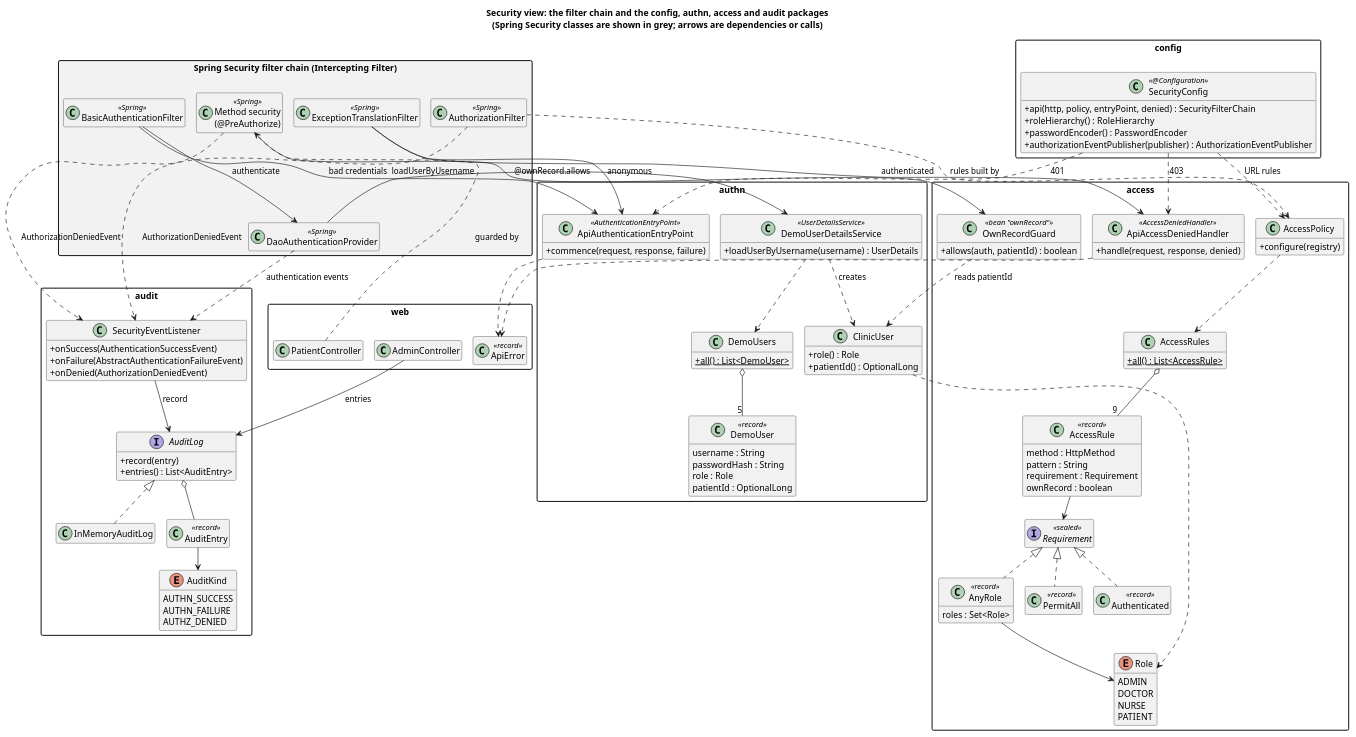
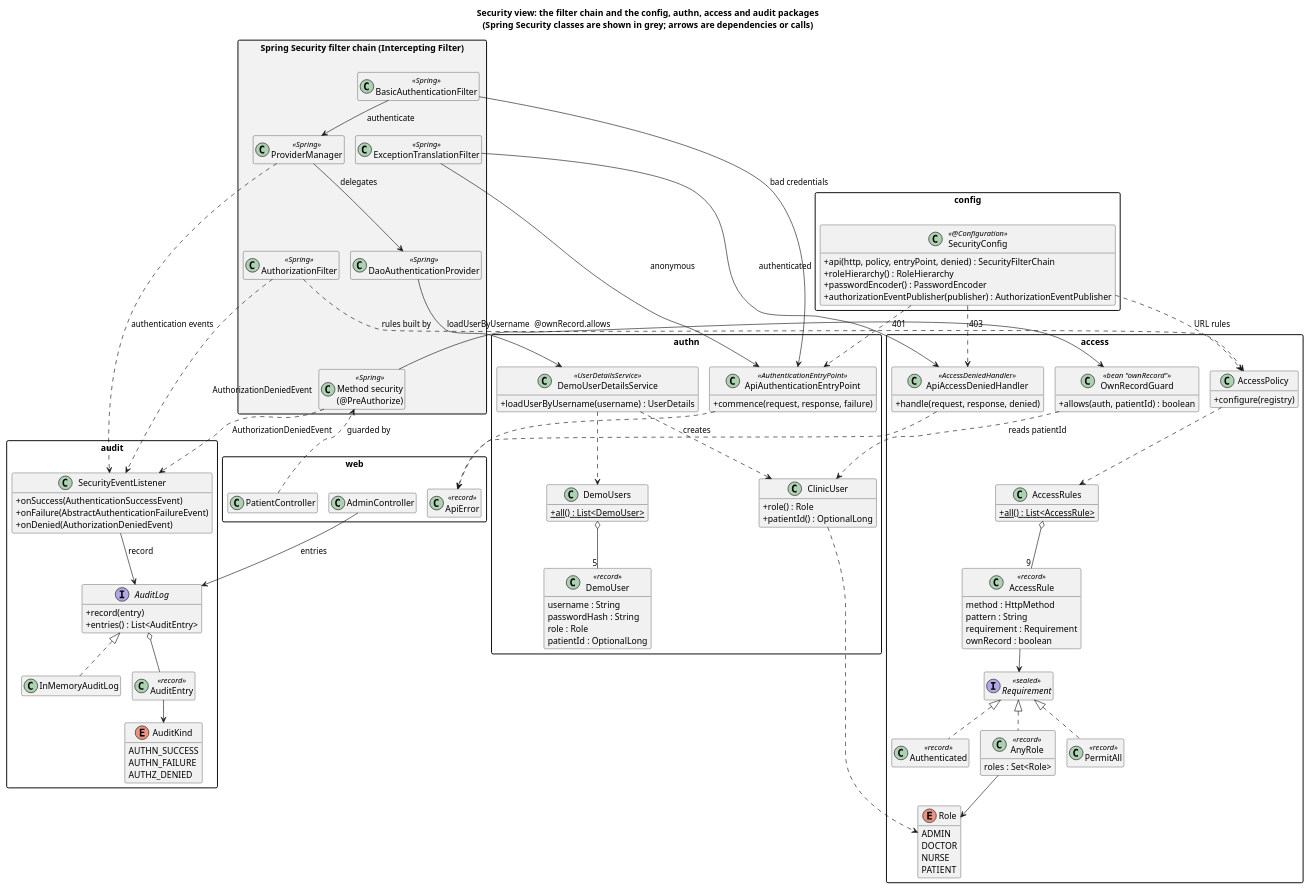
Before and after one commit to kobster68/authentication-and-authorization: the diagram in uml/class/security-view.puml, drawn with PlantUML. The commit also changed 20 other files, not shown here.

```diff
--- a/uml/class/security-view.puml
+++ b/uml/class/security-view.puml
@@ -1,143 +1,151 @@
 @startuml security-view
 !pragma layout smetana
 title Security view: the filter chain and the config, authn, access and audit packages\n(Spring Security classes are shown in grey; arrows are dependencies or calls)
 skinparam classAttributeIconSize 0
 skinparam packageStyle rectangle
 skinparam shadowing false
 hide empty members
 
 package "Spring Security filter chain (Intercepting Filter)" as chain #F2F2F2 {
   class BasicAuthenticationFilter <<Spring>>
   class ExceptionTranslationFilter <<Spring>>
   class AuthorizationFilter <<Spring>>
   class "Method security\n(@PreAuthorize)" as MethodSecurity <<Spring>>
+  class ProviderManager <<Spring>>
   class DaoAuthenticationProvider <<Spring>>
 }
+
+' Layout only: stack the filters in request order so each call leaves the chain next to its
+' own label instead of collapsing into a horizontal band.
+BasicAuthenticationFilter -[hidden]down- ExceptionTranslationFilter
+ExceptionTranslationFilter -[hidden]down- AuthorizationFilter
+AuthorizationFilter -[hidden]down- MethodSecurity
 
 package config {
   class SecurityConfig <<@Configuration>> {
     +api(http, policy, entryPoint, denied) : SecurityFilterChain
     +roleHierarchy() : RoleHierarchy
     +passwordEncoder() : PasswordEncoder
     +authorizationEventPublisher(publisher) : AuthorizationEventPublisher
   }
 }
 
 package authn {
   class DemoUserDetailsService <<UserDetailsService>> {
     +loadUserByUsername(username) : UserDetails
   }
   class DemoUsers {
     +{static} all() : List<DemoUser>
   }
   class DemoUser <<record>> {
     username : String
     passwordHash : String
     role : Role
     patientId : OptionalLong
   }
   class ClinicUser {
     +role() : Role
     +patientId() : OptionalLong
   }
   class ApiAuthenticationEntryPoint <<AuthenticationEntryPoint>> {
     +commence(request, response, failure)
   }
 }
 
 package access {
   class AccessRules {
     +{static} all() : List<AccessRule>
   }
   class AccessRule <<record>> {
     method : HttpMethod
     pattern : String
     requirement : Requirement
     ownRecord : boolean
   }
   interface Requirement <<sealed>>
   class PermitAll <<record>>
   class Authenticated <<record>>
   class AnyRole <<record>> {
     roles : Set<Role>
   }
   enum Role {
     ADMIN
     DOCTOR
     NURSE
     PATIENT
   }
   class AccessPolicy {
     +configure(registry)
   }
   class OwnRecordGuard <<bean "ownRecord">> {
     +allows(auth, patientId) : boolean
   }
   class ApiAccessDeniedHandler <<AccessDeniedHandler>> {
     +handle(request, response, denied)
   }
 }
 
 package audit {
   class SecurityEventListener {
     +onSuccess(AuthenticationSuccessEvent)
     +onFailure(AbstractAuthenticationFailureEvent)
     +onDenied(AuthorizationDeniedEvent)
   }
   interface AuditLog {
     +record(entry)
     +entries() : List<AuditEntry>
   }
   class InMemoryAuditLog
   class AuditEntry <<record>>
   enum AuditKind {
     AUTHN_SUCCESS
     AUTHN_FAILURE
     AUTHZ_DENIED
   }
 }
 
 package web {
   class PatientController
   class AdminController
   class ApiError <<record>>
 }
 
 SecurityConfig ..> AccessPolicy : URL rules
 SecurityConfig ..> ApiAuthenticationEntryPoint : 401
 SecurityConfig ..> ApiAccessDeniedHandler : 403
 
-BasicAuthenticationFilter --> DaoAuthenticationProvider : authenticate
+BasicAuthenticationFilter --> ProviderManager : authenticate
+ProviderManager --> DaoAuthenticationProvider : delegates
 DaoAuthenticationProvider --> DemoUserDetailsService : loadUserByUsername
 BasicAuthenticationFilter --> ApiAuthenticationEntryPoint : bad credentials
 DemoUserDetailsService ..> DemoUsers
 DemoUsers o-- "5" DemoUser
 DemoUserDetailsService ..> ClinicUser : creates
 ClinicUser ..> Role
 
 ExceptionTranslationFilter --> ApiAuthenticationEntryPoint : anonymous
 ExceptionTranslationFilter --> ApiAccessDeniedHandler : authenticated
 AuthorizationFilter ..> AccessPolicy : rules built by
 AccessPolicy ..> AccessRules
 AccessRules o-- "9" AccessRule
 AccessRule --> Requirement
 Requirement <|.. PermitAll
 Requirement <|.. Authenticated
 Requirement <|.. AnyRole
 AnyRole --> Role
 MethodSecurity --> OwnRecordGuard : @ownRecord.allows
 OwnRecordGuard ..> ClinicUser : reads patientId
 PatientController ..> MethodSecurity : guarded by
 
 ApiAuthenticationEntryPoint ..> ApiError
 ApiAccessDeniedHandler ..> ApiError
 
 SecurityEventListener --> AuditLog : record
 AuditLog <|.. InMemoryAuditLog
 AuditLog o-- AuditEntry
 AuditEntry --> AuditKind
 AdminController --> AuditLog : entries
-DaoAuthenticationProvider ..> SecurityEventListener : authentication events
+ProviderManager ..> SecurityEventListener : authentication events
 AuthorizationFilter ..> SecurityEventListener : AuthorizationDeniedEvent
 MethodSecurity ..> SecurityEventListener : AuthorizationDeniedEvent
 @enduml
```
